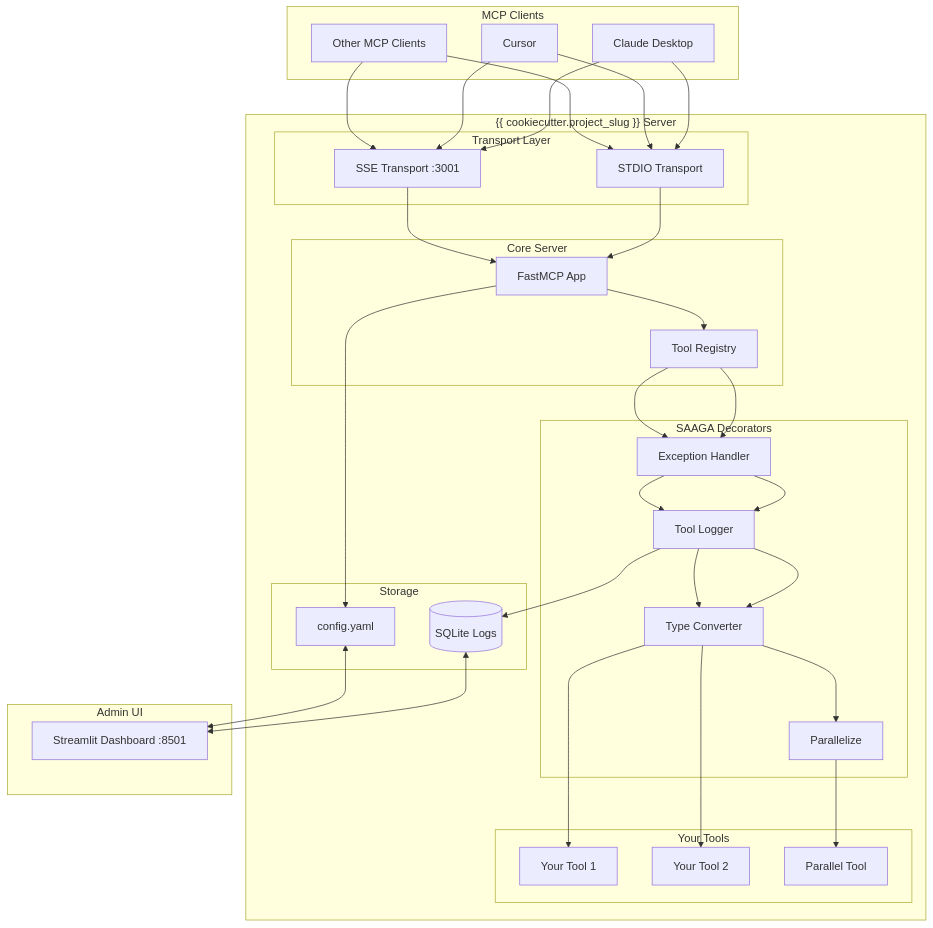
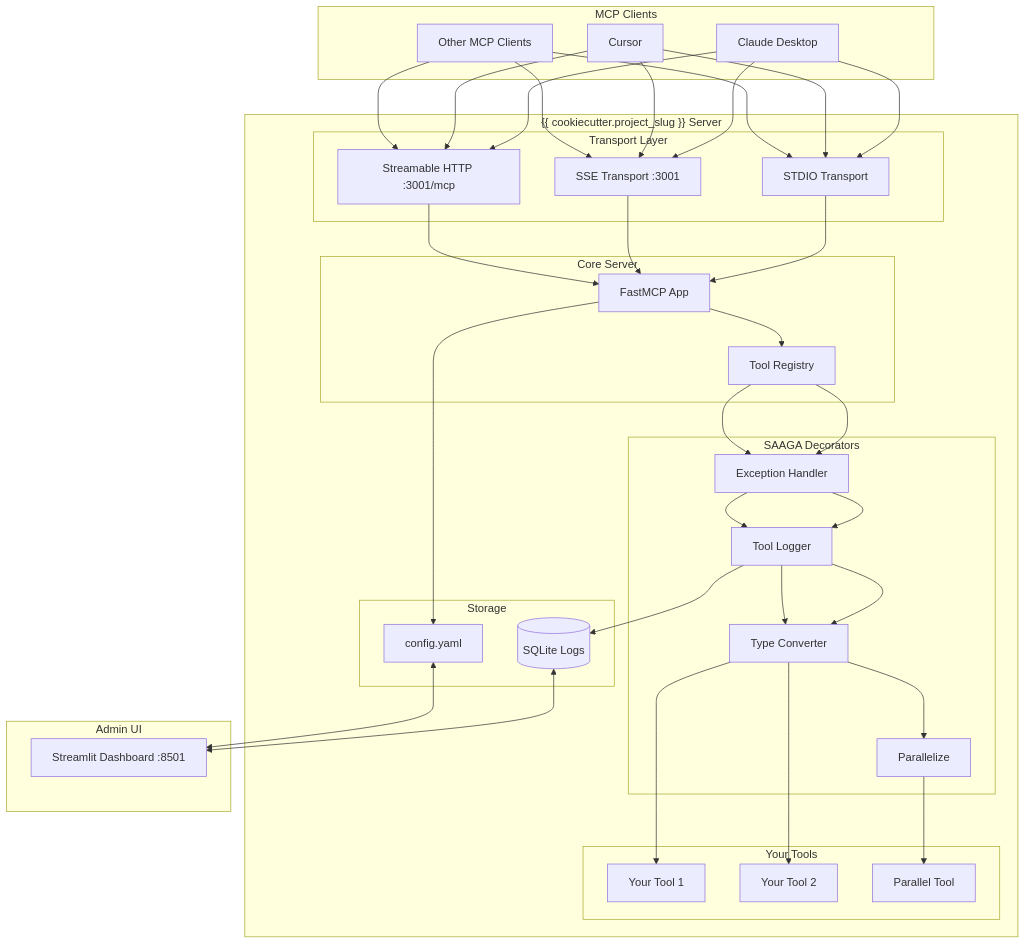
Before and after one commit to SAGAAIDEV/saaga-mcp-server-cookie-cutter: the first of 3 diagrams in example_server/.claude/commands/document-architecture.md, drawn with Mermaid. The commit also changed other lines of this file and 72 other files, not shown here.

````diff
--- a/example_server/.claude/commands/document-architecture.md
+++ b/example_server/.claude/commands/document-architecture.md
@@ -54,51 +54,52 @@
 ```mermaid
 graph TB
     subgraph "MCP Clients"
         C1[Claude Desktop]
         C2[Cursor]
         C3[Other MCP Clients]
     end
     
     subgraph "{{ cookiecutter.project_slug }} Server"
         subgraph "Transport Layer"
             STDIO[STDIO Transport]
             SSE[SSE Transport :3001]
+            SHTTP[Streamable HTTP :3001/mcp]
         end
         
         subgraph "Core Server"
             APP[FastMCP App]
             REG[Tool Registry]
         end
         
         subgraph "SAAGA Decorators"
             EH[Exception Handler]
             TL[Tool Logger]
             TC[Type Converter]
             PZ[Parallelize]
         end
         
         subgraph "Your Tools"
             T1[Your Tool 1]
             T2[Your Tool 2]
             T3[Parallel Tool]
         end
         
         subgraph "Storage"
             SQLITE[(SQLite Logs)]
             CONFIG[config.yaml]
         end
     end
     
     subgraph "Admin UI"
         UI[Streamlit Dashboard :8501]
     end
     
-    C1 & C2 & C3 --> STDIO & SSE
-    STDIO & SSE --> APP
+    C1 & C2 & C3 --> STDIO & SSE & SHTTP
+    STDIO & SSE & SHTTP --> APP
     APP --> REG
     REG --> EH --> TL --> TC --> T1 & T2
     REG --> EH --> TL --> TC --> PZ --> T3
     TL --> SQLITE
     APP --> CONFIG
     SQLITE & CONFIG <--> UI
 ```
````
